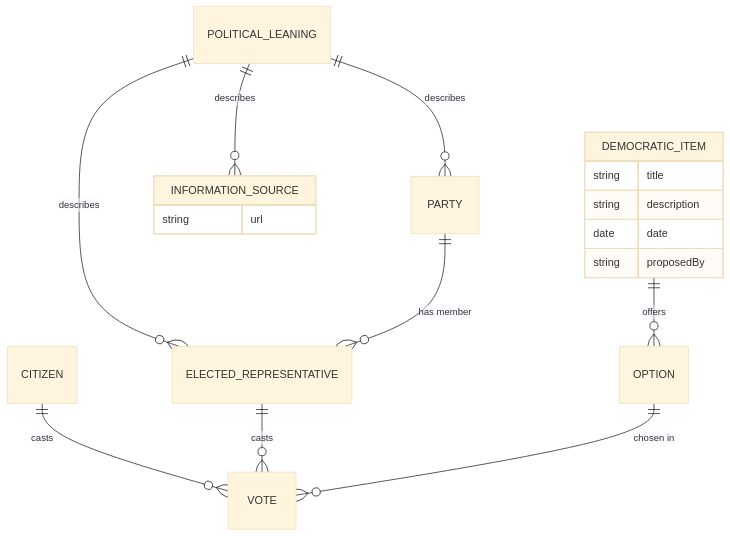
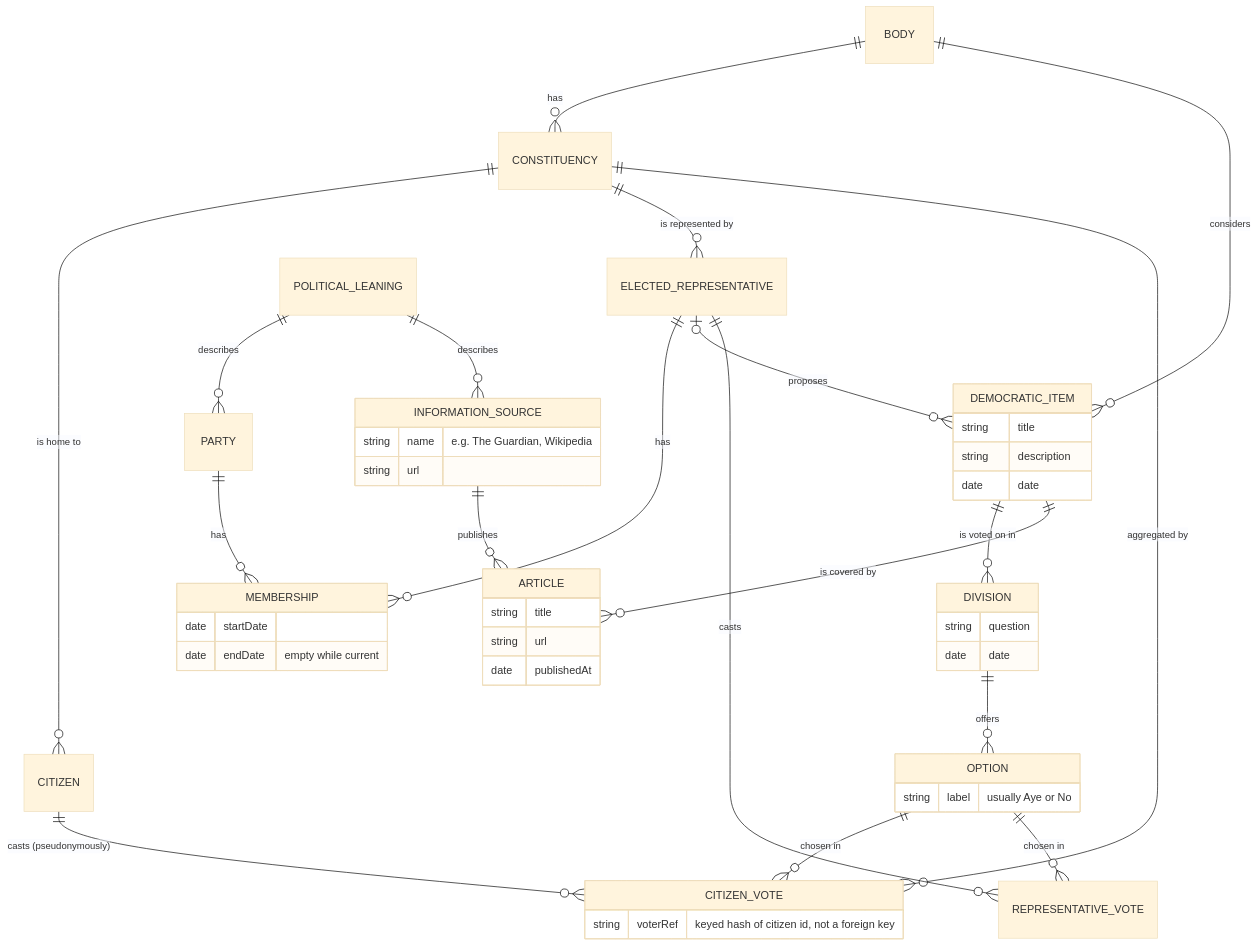
The diagram in docs/project-specification.md (jac-thomas/prosocial), drawn with Mermaid (base theme) before and after one commit. The commit also changed other lines of this file and 2 other files, not shown here.

Commit message:
enriched entity model diagram

````diff
--- a/docs/project-specification.md
+++ b/docs/project-specification.md
@@ -76,21 +73,50 @@
 ```mermaid
 erDiagram
+    BODY ||--o{ CONSTITUENCY : "has"
+    BODY ||--o{ DEMOCRATIC_ITEM : "considers"
+    CONSTITUENCY ||--o{ CITIZEN : "is home to"
+    CONSTITUENCY ||--o{ ELECTED_REPRESENTATIVE : "is represented by"
+    CONSTITUENCY ||--o{ CITIZEN_VOTE : "aggregated by"
+    ELECTED_REPRESENTATIVE ||--o{ MEMBERSHIP : "has"
+    PARTY ||--o{ MEMBERSHIP : "has"
     POLITICAL_LEANING ||--o{ PARTY : "describes"
-    POLITICAL_LEANING ||--o{ ELECTED_REPRESENTATIVE : "describes"
     POLITICAL_LEANING ||--o{ INFORMATION_SOURCE : "describes"
-    PARTY ||--o{ ELECTED_REPRESENTATIVE : "has member"
-    CITIZEN ||--o{ VOTE : "casts"
-    ELECTED_REPRESENTATIVE ||--o{ VOTE : "casts"
-    OPTION ||--o{ VOTE : "chosen in"
-    DEMOCRATIC_ITEM ||--o{ OPTION : "offers"
+    ELECTED_REPRESENTATIVE |o--o{ DEMOCRATIC_ITEM : "proposes"
+    DEMOCRATIC_ITEM ||--o{ DIVISION : "is voted on in"
+    DIVISION ||--o{ OPTION : "offers"
+    CITIZEN ||--o{ CITIZEN_VOTE : "casts (pseudonymously)"
+    ELECTED_REPRESENTATIVE ||--o{ REPRESENTATIVE_VOTE : "casts"
+    OPTION ||--o{ CITIZEN_VOTE : "chosen in"
+    OPTION ||--o{ REPRESENTATIVE_VOTE : "chosen in"
+    INFORMATION_SOURCE ||--o{ ARTICLE : "publishes"
+    DEMOCRATIC_ITEM ||--o{ ARTICLE : "is covered by"
 
     DEMOCRATIC_ITEM {
         string title
         string description
         date date
-        string proposedBy
+    }
+    DIVISION {
+        string question
+        date date
+    }
+    OPTION {
+        string label "usually Aye or No"
+    }
+    CITIZEN_VOTE {
+        string voterRef "keyed hash of citizen id, not a foreign key"
+    }
+    MEMBERSHIP {
+        date startDate
+        date endDate "empty while current"
     }
     INFORMATION_SOURCE {
+        string name "e.g. The Guardian, Wikipedia"
         string url
     }
+    ARTICLE {
+        string title
+        string url
+        date publishedAt
+    }
 ```
````
